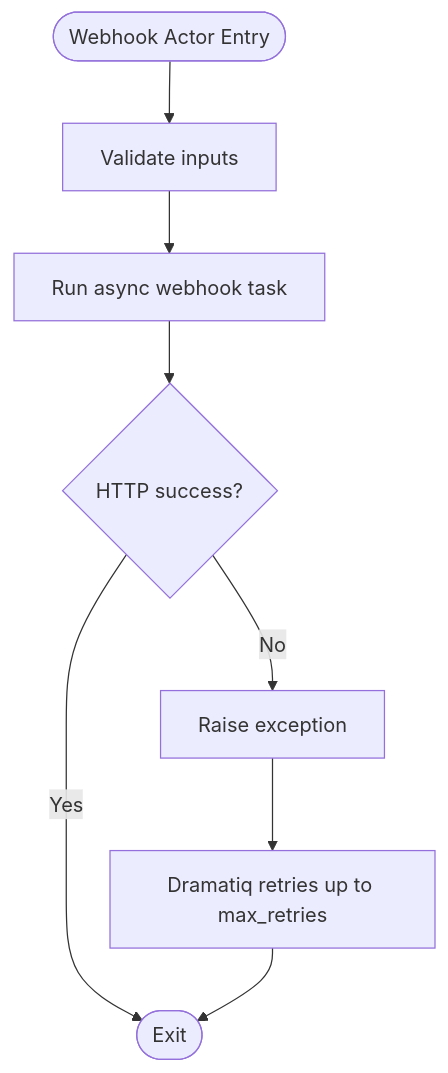
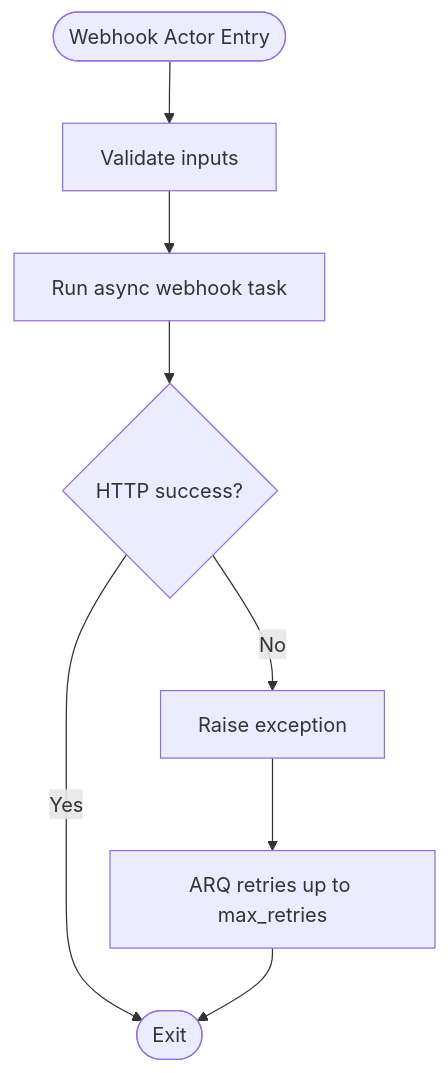
Before and after one commit to rakibhossain72/ctrip-docs: the fourth of 5 diagrams in docs/background-processing/worker-architecture.md, drawn with Mermaid. The commit also changed other lines of this file and 25 other files, not shown here.

First line of the commit message:
docs: Update documentation to reflect ARQ task migration from Dramatiq

````diff
--- a/docs/background-processing/worker-architecture.md
+++ b/docs/background-processing/worker-architecture.md
@@ -249,10 +255,10 @@
 ```mermaid
 flowchart TD
 Start(["Webhook Actor Entry"]) --> Validate["Validate inputs"]
 Validate --> RunTask["Run async webhook task"]
 RunTask --> Success{"HTTP success?"}
 Success --> |Yes| Done(["Exit"])
 Success --> |No| RaiseErr["Raise exception"]
-RaiseErr --> Retry["Dramatiq retries up to max_retries"]
+RaiseErr --> Retry["ARQ retries up to max_retries"]
 Retry --> Done
 ```
````
